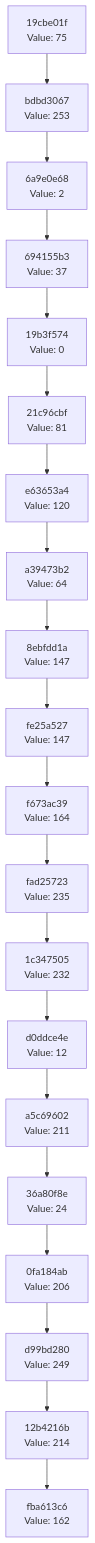
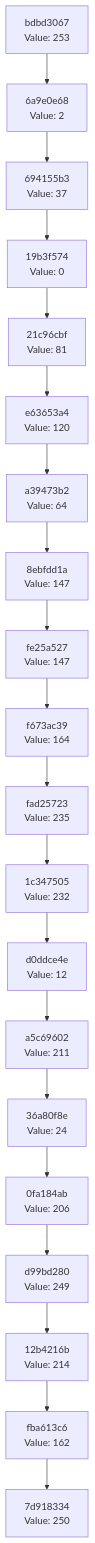
One commit to Abhisheksinha1506/hash-chain-evolver changed the diagram in docs/CHAIN_VISUALIZATION.md. Above: the diagram before and after it, drawn with Mermaid. The commit also changed 3 other files, not shown here.

````diff
--- a/docs/CHAIN_VISUALIZATION.md
+++ b/docs/CHAIN_VISUALIZATION.md
@@ -3,42 +3,42 @@
 ```mermaid
 graph TD
-    C0["fba613c6<br/>Value: 162"]
-    C1["12b4216b<br/>Value: 214"]
+    C0["7d918334<br/>Value: 250"]
+    C1["fba613c6<br/>Value: 162"]
     C1 --> C0
-    C2["d99bd280<br/>Value: 249"]
+    C2["12b4216b<br/>Value: 214"]
     C2 --> C1
-    C3["0fa184ab<br/>Value: 206"]
+    C3["d99bd280<br/>Value: 249"]
     C3 --> C2
-    C4["36a80f8e<br/>Value: 24"]
+    C4["0fa184ab<br/>Value: 206"]
     C4 --> C3
-    C5["a5c69602<br/>Value: 211"]
+    C5["36a80f8e<br/>Value: 24"]
     C5 --> C4
-    C6["d0ddce4e<br/>Value: 12"]
+    C6["a5c69602<br/>Value: 211"]
     C6 --> C5
-    C7["1c347505<br/>Value: 232"]
+    C7["d0ddce4e<br/>Value: 12"]
     C7 --> C6
-    C8["fad25723<br/>Value: 235"]
+    C8["1c347505<br/>Value: 232"]
     C8 --> C7
-    C9["f673ac39<br/>Value: 164"]
+    C9["fad25723<br/>Value: 235"]
     C9 --> C8
-    C10["fe25a527<br/>Value: 147"]
+    C10["f673ac39<br/>Value: 164"]
     C10 --> C9
-    C11["8ebfdd1a<br/>Value: 147"]
+    C11["fe25a527<br/>Value: 147"]
     C11 --> C10
-    C12["a39473b2<br/>Value: 64"]
+    C12["8ebfdd1a<br/>Value: 147"]
     C12 --> C11
-    C13["e63653a4<br/>Value: 120"]
+    C13["a39473b2<br/>Value: 64"]
     C13 --> C12
-    C14["21c96cbf<br/>Value: 81"]
+    C14["e63653a4<br/>Value: 120"]
     C14 --> C13
-    C15["19b3f574<br/>Value: 0"]
+    C15["21c96cbf<br/>Value: 81"]
     C15 --> C14
-    C16["694155b3<br/>Value: 37"]
+    C16["19b3f574<br/>Value: 0"]
     C16 --> C15
-    C17["6a9e0e68<br/>Value: 2"]
+    C17["694155b3<br/>Value: 37"]
     C17 --> C16
-    C18["bdbd3067<br/>Value: 253"]
+    C18["6a9e0e68<br/>Value: 2"]
     C18 --> C17
-    C19["19cbe01f<br/>Value: 75"]
+    C19["bdbd3067<br/>Value: 253"]
     C19 --> C18
 ```
````
